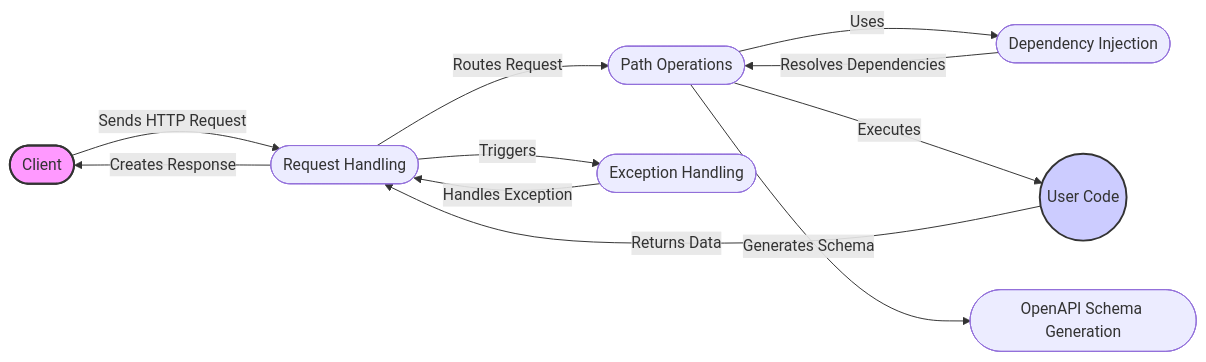
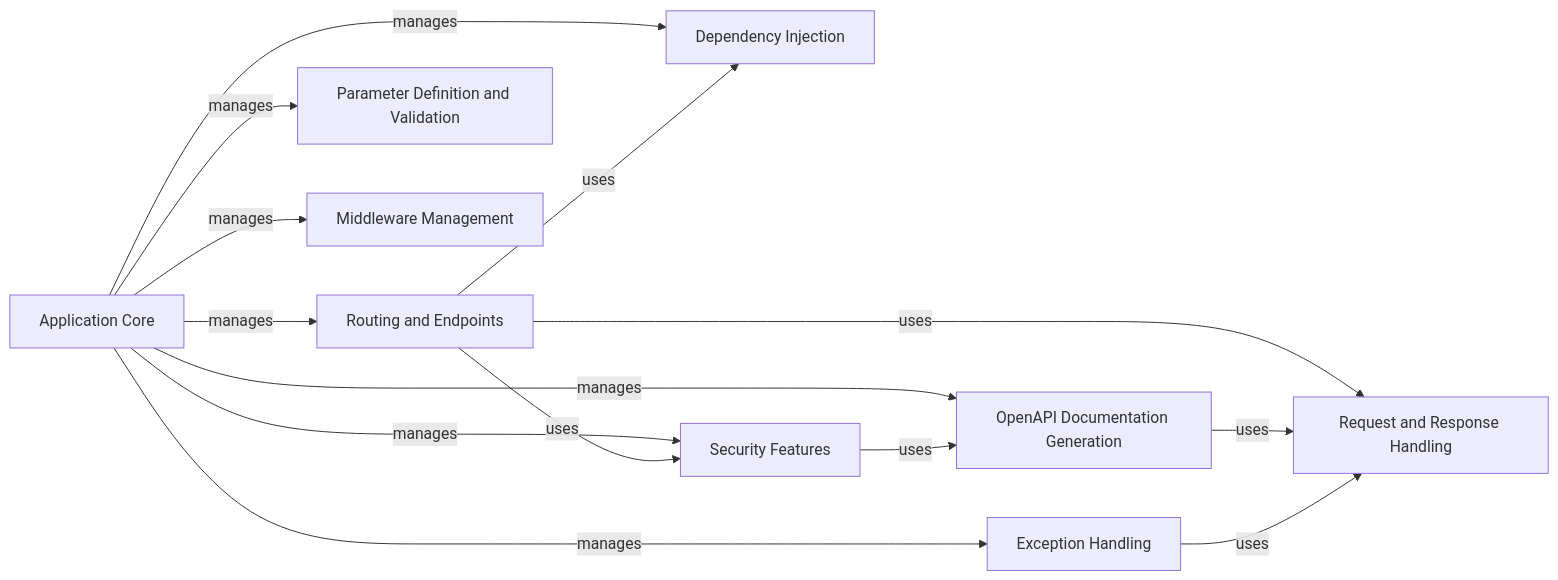
The diagram in fastapi/on_boarding.md (CodeBoarding/GeneratedOnBoardings), drawn with Mermaid before and after one commit. The commit also changed other lines of this file and 12 other files, not shown here.

````diff
--- a/fastapi/on_boarding.md
+++ b/fastapi/on_boarding.md
@@ -7,24 +1,34 @@
 ```mermaid
 graph LR
-    Client([Client]) -- Sends HTTP Request --> RequestHandling([Request Handling])
-    RequestHandling -- Routes Request --> PathOperations([Path Operations])
-    PathOperations -- Uses --> DependencyInjection([Dependency Injection])
-    DependencyInjection -- Resolves Dependencies --> PathOperations
-    PathOperations -- Executes --> UserCode((User Code))
-    UserCode -- Returns Data --> RequestHandling
-    RequestHandling -- Creates Response --> Client
-    PathOperations -- Generates Schema --> OpenAPISchemaGeneration([OpenAPI Schema Generation])
-    RequestHandling -- Triggers --> ExceptionHandling([Exception Handling])
-    ExceptionHandling -- Handles Exception --> RequestHandling
-
-
-
-    style Client fill:#f9f,stroke:#333,stroke-width:2px
-    style UserCode fill:#ccf,stroke:#333,stroke-width:2px
-
-click RequestHandling href "https://github.com/CodeBoarding/GeneratedOnBoardings/blob/main/fastapi//Request%20Handling.md"
-click PathOperations href "https://github.com/CodeBoarding/GeneratedOnBoardings/blob/main/fastapi//Path%20Operations.md"
-click DependencyInjection href "https://github.com/CodeBoarding/GeneratedOnBoardings/blob/main/fastapi//Dependency%20Injection.md"
-click OpenAPISchemaGeneration href "https://github.com/CodeBoarding/GeneratedOnBoardings/blob/main/fastapi//OpenAPI%20Schema%20Generation.md"
-click ExceptionHandling href "https://github.com/CodeBoarding/GeneratedOnBoardings/blob/main/fastapi//Exception%20Handling.md"
+    Application_Core["Application Core"]
+    Routing_and_Endpoints["Routing and Endpoints"]
+    Request_and_Response_Handling["Request and Response Handling"]
+    Dependency_Injection["Dependency Injection"]
+    Security_Features["Security Features"]
+    OpenAPI_Documentation_Generation["OpenAPI Documentation Generation"]
+    Parameter_Definition_and_Validation["Parameter Definition and Validation"]
+    Exception_Handling["Exception Handling"]
+    Middleware_Management["Middleware Management"]
+    Application_Core -- "manages" --> Routing_and_Endpoints
+    Application_Core -- "manages" --> Middleware_Management
+    Application_Core -- "manages" --> Exception_Handling
+    Application_Core -- "manages" --> OpenAPI_Documentation_Generation
+    Application_Core -- "manages" --> Dependency_Injection
+    Application_Core -- "manages" --> Security_Features
+    Routing_and_Endpoints -- "uses" --> Request_and_Response_Handling
+    Routing_and_Endpoints -- "uses" --> Dependency_Injection
+    Routing_and_Endpoints -- "uses" --> Security_Features
+    OpenAPI_Documentation_Generation -- "uses" --> Request_and_Response_Handling
+    Security_Features -- "uses" --> OpenAPI_Documentation_Generation
+    Exception_Handling -- "uses" --> Request_and_Response_Handling
+    Application_Core -- "manages" --> Parameter_Definition_and_Validation
+    click Application_Core href "https://github.com/CodeBoarding/GeneratedOnBoardings/blob/main/fastapi/Application Core.md" "Details"
+    click Routing_and_Endpoints href "https://github.com/CodeBoarding/GeneratedOnBoardings/blob/main/fastapi/Routing and Endpoints.md" "Details"
+    click Request_and_Response_Handling href "https://github.com/CodeBoarding/GeneratedOnBoardings/blob/main/fastapi/Request and Response Handling.md" "Details"
+    click Dependency_Injection href "https://github.com/CodeBoarding/GeneratedOnBoardings/blob/main/fastapi/Dependency Injection.md" "Details"
+    click Security_Features href "https://github.com/CodeBoarding/GeneratedOnBoardings/blob/main/fastapi/Security Features.md" "Details"
+    click OpenAPI_Documentation_Generation href "https://github.com/CodeBoarding/GeneratedOnBoardings/blob/main/fastapi/OpenAPI Documentation Generation.md" "Details"
+    click Parameter_Definition_and_Validation href "https://github.com/CodeBoarding/GeneratedOnBoardings/blob/main/fastapi/Parameter Definition and Validation.md" "Details"
+    click Exception_Handling href "https://github.com/CodeBoarding/GeneratedOnBoardings/blob/main/fastapi/Exception Handling.md" "Details"
+    click Middleware_Management href "https://github.com/CodeBoarding/GeneratedOnBoardings/blob/main/fastapi/Middleware Management.md" "Details"
 ```
````
